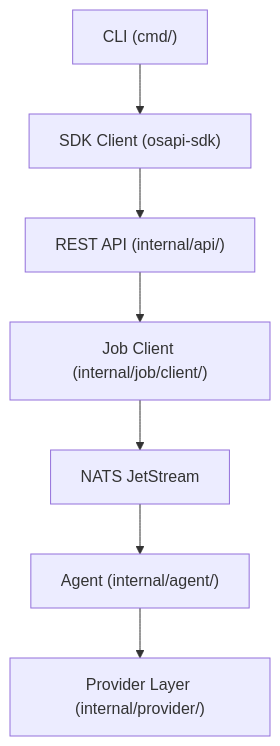
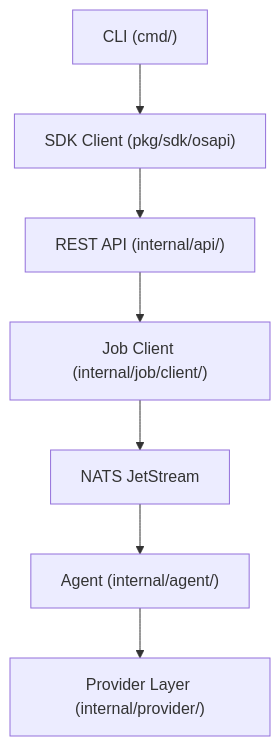
Before and after one commit to osapi-io/osapi: the first of 2 diagrams in docs/docs/sidebar/architecture/system-architecture.md, drawn with Mermaid. The commit also changed other lines of this file and 1 other file, not shown here.

Commit message:
docs: update README and architecture for in-repo SDK
Remove Features section from README (now in Docusaurus),
simplify Documentation links, remove osapi-sdk from sister
projects, and update system-architecture.md SDK references
to pkg/sdk/osapi.

🤖 Generated with [Claude Code](https://claude.ai/code)

````diff
--- a/docs/docs/sidebar/architecture/system-architecture.md
+++ b/docs/docs/sidebar/architecture/system-architecture.md
@@ -25,9 +25,9 @@
 ```mermaid
 graph TD
-    CLI["CLI (cmd/)"] --> SDK["SDK Client (osapi-sdk)"]
+    CLI["CLI (cmd/)"] --> SDK["SDK Client (pkg/sdk/osapi)"]
     SDK --> API["REST API (internal/api/)"]
     API --> JobClient["Job Client (internal/job/client/)"]
     JobClient --> NATS["NATS JetStream"]
     NATS --> Agent["Agent (internal/agent/)"]
     Agent --> Provider["Provider Layer (internal/provider/)"]
 ```
````
